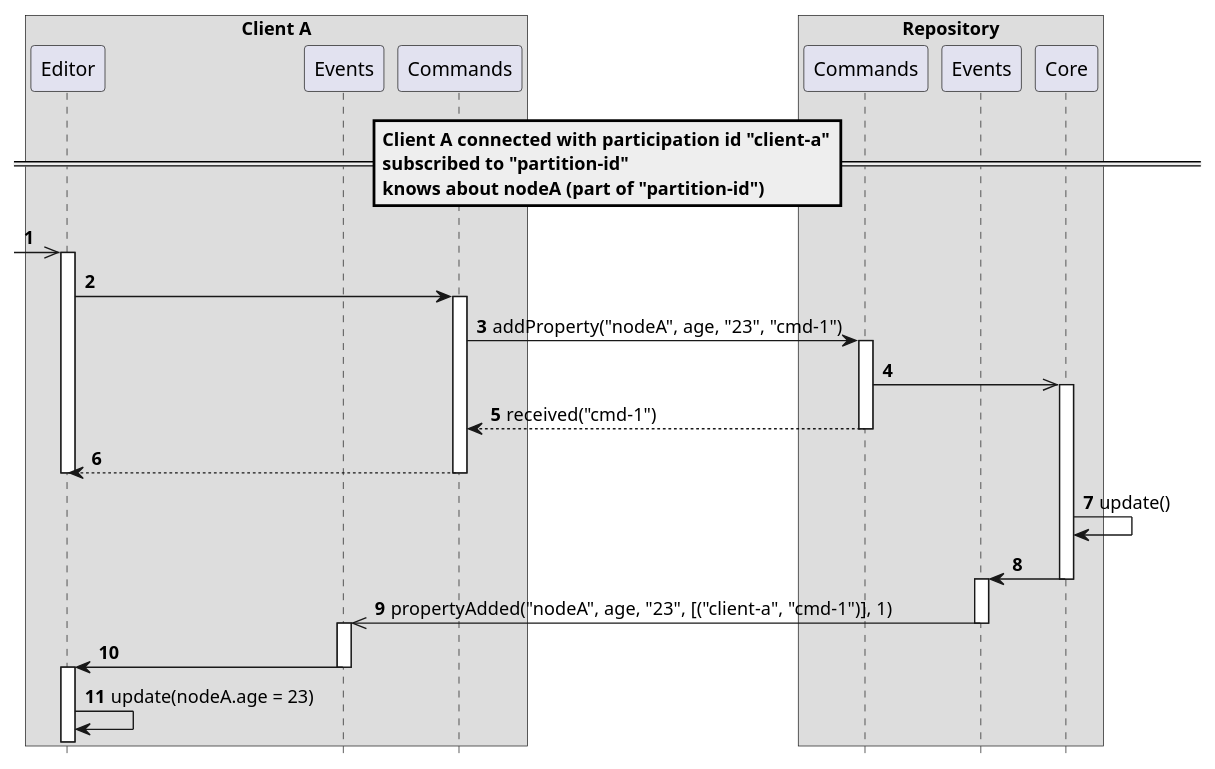
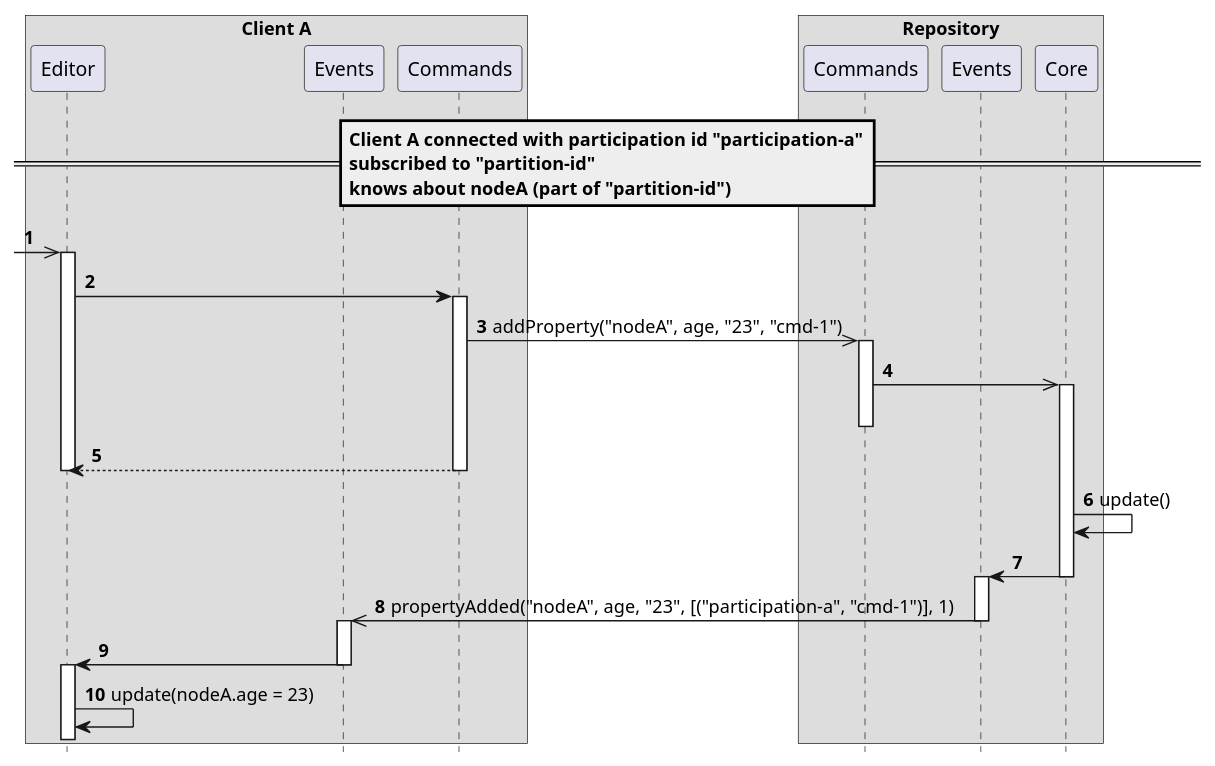
One commit to LionWeb-io/specification changed the diagram in delta/scenarios/changeKnownNodeRemoteUpdate.adoc. Above: the diagram before and after it, drawn with PlantUML. The commit also changed other lines of this file and 9 other files, not shown here.

```diff
--- a/delta/scenarios/changeKnownNodeRemoteUpdate.adoc
+++ b/delta/scenarios/changeKnownNodeRemoteUpdate.adoc
@@ -2,46 +2,45 @@
 [plantuml,changeKnownNodeRemoteUpdate,svg]
 ----
 hide footbox
 autonumber
 
 box "Client A"
   participant Editor as editor
   participant Events as clientEvent
   participant Commands as clientCmd
 end box
 
 box "Repository"
   participant Commands as repoCmd
   participant Events as repoEvent
   participant Core as core
 end box
 
-== Client A connected with participation id "client-a"\nsubscribed to "partition-id"\nknows about nodeA (part of "partition-id") ==
+== Client A connected with participation id "participation-a"\nsubscribed to "partition-id"\nknows about nodeA (part of "partition-id") ==
 
 [->> editor ++
 editor -> clientCmd ++
-clientCmd -> repoCmd ++: addProperty("nodeA", age, "23", "cmd-1")
+clientCmd ->> repoCmd ++: addProperty("nodeA", age, "23", "cmd-1")
 repoCmd ->> core
 activate core
-clientCmd <-- repoCmd: received("cmd-1")
 deactivate repoCmd
 editor <-- clientCmd
 deactivate clientCmd
 deactivate editor
 
 core -> core: update()
 
 core -> repoEvent
 deactivate core
 
 activate repoEvent
-clientEvent <<- repoEvent: propertyAdded("nodeA", age, "23", [("client-a", "cmd-1")], 1)
+clientEvent <<- repoEvent: propertyAdded("nodeA", age, "23", [("participation-a", "cmd-1")], 1)
 deactivate repoEvent
 
 activate clientEvent
 clientEvent -> editor
 deactivate clientEvent
 
 activate editor
 editor -> editor: update(nodeA.age = 23)
 ----
```
